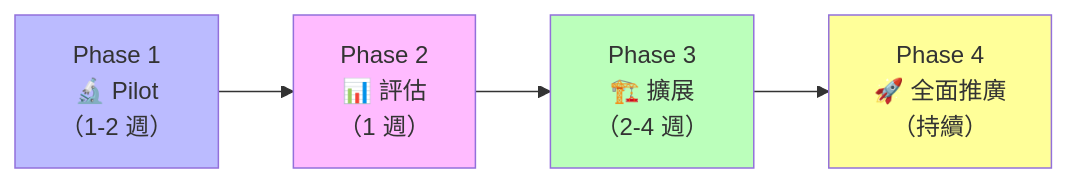
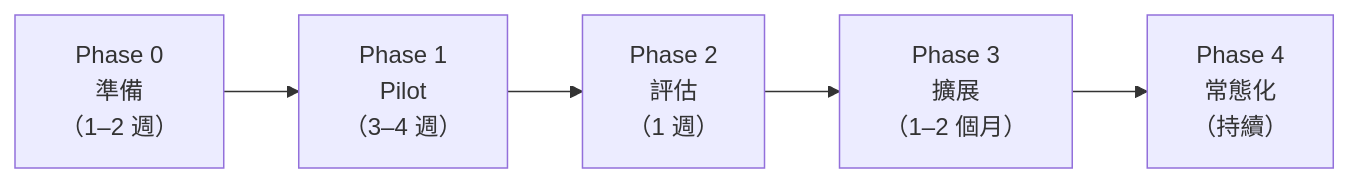
One commit to chihhung/Blog changed the tenth of 10 diagrams in content/posts/教學/AI開發/Compound Engineering 教學手冊.md. Above: the diagram before and after it, drawn with Mermaid. The commit also changed other lines of this file and 1 other file, not shown here.

````diff
--- a/content/posts/教學/AI開發/Compound Engineering 教學手冊.md
+++ b/content/posts/教學/AI開發/Compound Engineering 教學手冊.md
@@ -1742,11 +3298,7 @@
 ```mermaid
-graph LR
-    P1["Phase 1<br/>🔬 Pilot<br/>（1-2 週）"] --> P2["Phase 2<br/>📊 評估<br/>（1 週）"]
-    P2 --> P3["Phase 3<br/>🏗️ 擴展<br/>（2-4 週）"]
-    P3 --> P4["Phase 4<br/>🚀 全面推廣<br/>（持續）"]
-
-    style P1 fill:#bbf
-    style P2 fill:#fbf
-    style P3 fill:#bfb
-    style P4 fill:#ff9
+flowchart LR
+    P0["Phase 0<br/>準備<br/>（1–2 週）"] --> P1["Phase 1<br/>Pilot<br/>（3–4 週）"]
+    P1 --> P2["Phase 2<br/>評估<br/>（1 週）"]
+    P2 --> P3["Phase 3<br/>擴展<br/>（1–2 個月）"]
+    P3 --> P4["Phase 4<br/>常態化<br/>（持續）"]
 ```
````
